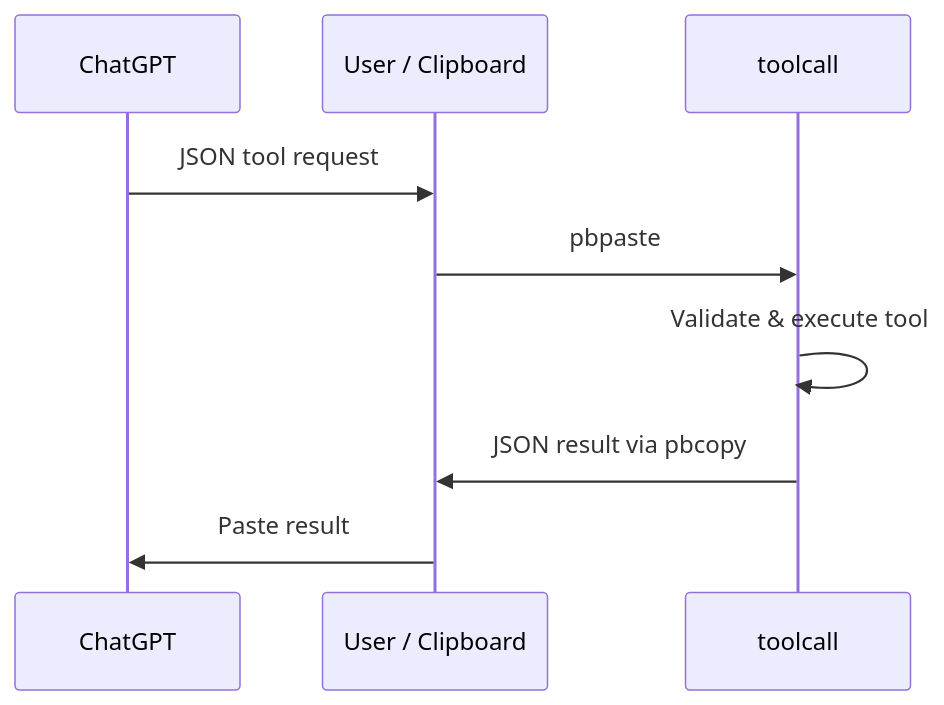
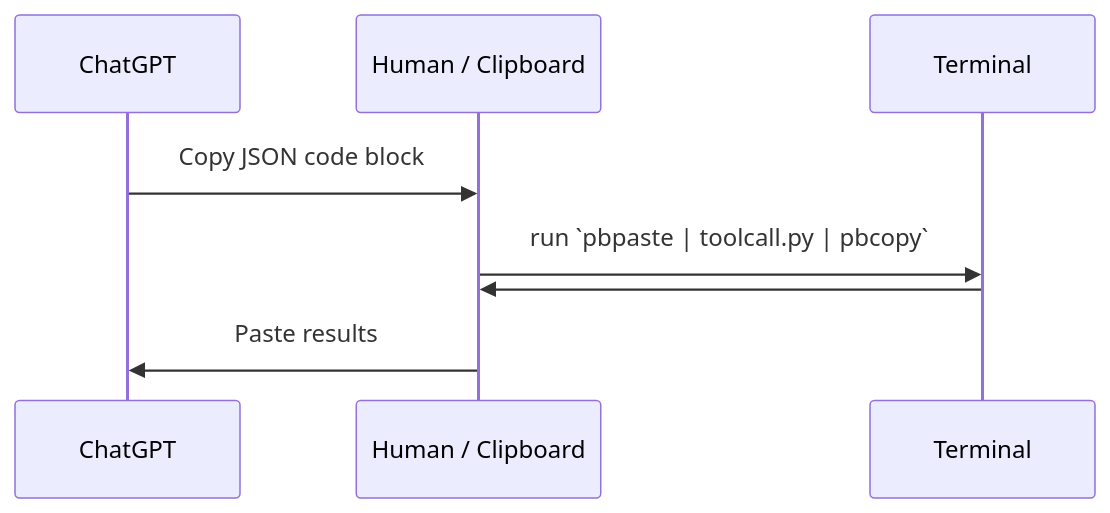
One commit to billiegoose/poor-girls-codex changed the second of 3 diagrams in README.md. Above: the diagram before and after it, drawn with Mermaid. The commit also changed other lines of this file, not shown here.

````diff
--- a/README.md
+++ b/README.md
@@ -11,12 +25,11 @@
 ```mermaid
 sequenceDiagram
     participant C as ChatGPT
-    participant U as User / Clipboard
-    participant T as toolcall
+    participant U as Human / Clipboard
+    participant T as Terminal
 
-    C->>U: JSON tool request
-    U->>T: pbpaste
-    T->>T: Validate & execute tool
-    T->>U: JSON result via pbcopy
-    U->>C: Paste result
+    C->>U: Copy JSON code block
+    U->>T: run `pbpaste | toolcall.py | pbcopy`
+    T->>U:
+    U->>C: Paste results
 ```
````
